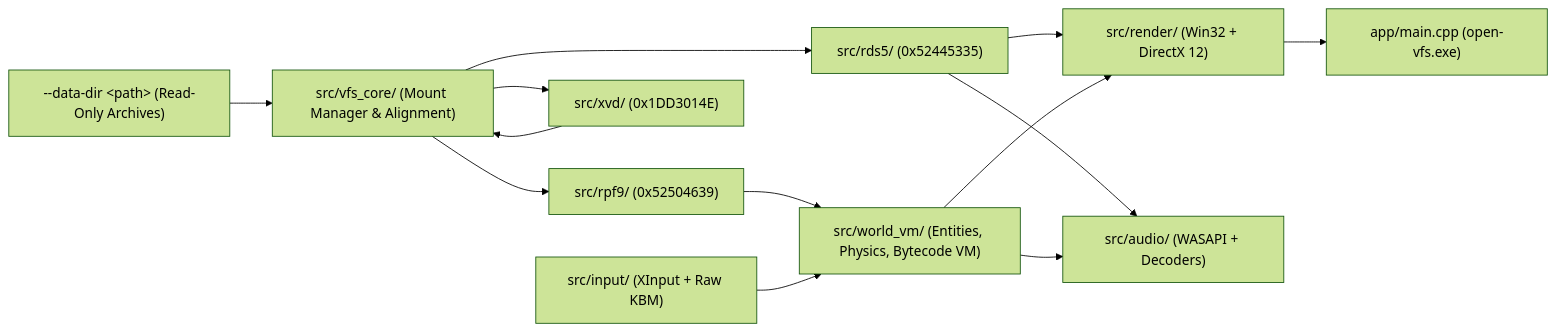
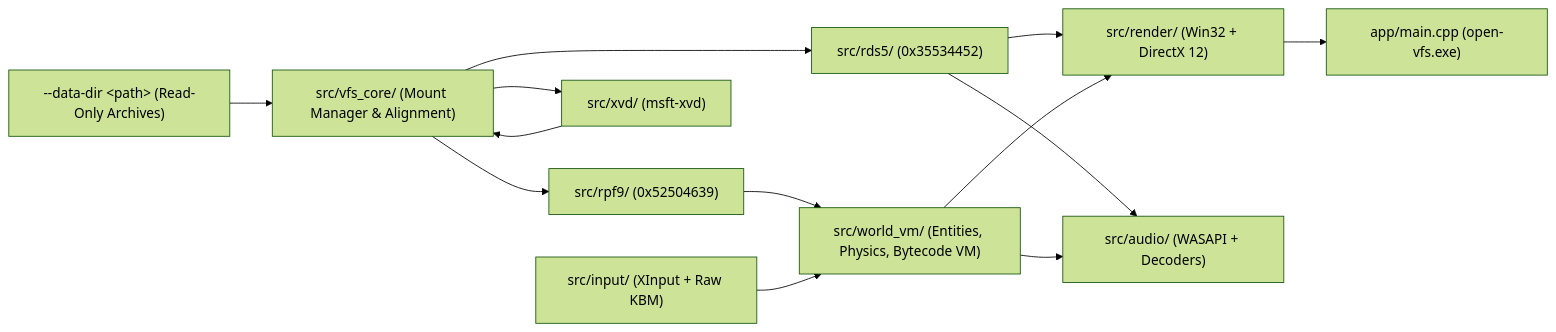
Before and after one commit to penwin2000/open-vfs: the diagram in ARCHITECTURE.md, drawn with Mermaid (forest theme). The commit also changed other lines of this file and 3 other files, not shown here.

````diff
--- a/ARCHITECTURE.md
+++ b/ARCHITECTURE.md
@@ -9,15 +9,15 @@
 ```mermaid
 flowchart LR
     LocalDir["--data-dir &lt;path&gt; (Read-Only Archives)"] --> VFS["src/vfs_core/ (Mount Manager &amp; Alignment)"]
     VFS --> RPF9["src/rpf9/ (0x52504639)"]
-    VFS --> RDS5["src/rds5/ (0x52445335)"]
-    VFS --> XVD["src/xvd/ (0x1DD3014E)"]
+    VFS --> RDS5["src/rds5/ (0x35534452)"]
+    VFS --> XVD["src/xvd/ (msft-xvd)"]
     RPF9 --> WorldVM["src/world_vm/ (Entities, Physics, Bytecode VM)"]
     RDS5 --> Render["src/render/ (Win32 + DirectX 12)"]
     RDS5 --> Audio["src/audio/ (WASAPI + Decoders)"]
     XVD --> VFS
     Input["src/input/ (XInput + Raw KBM)"] --> WorldVM
     WorldVM --> Render
     WorldVM --> Audio
     Render --> App["app/main.cpp (open-vfs.exe)"]
 ```
````
